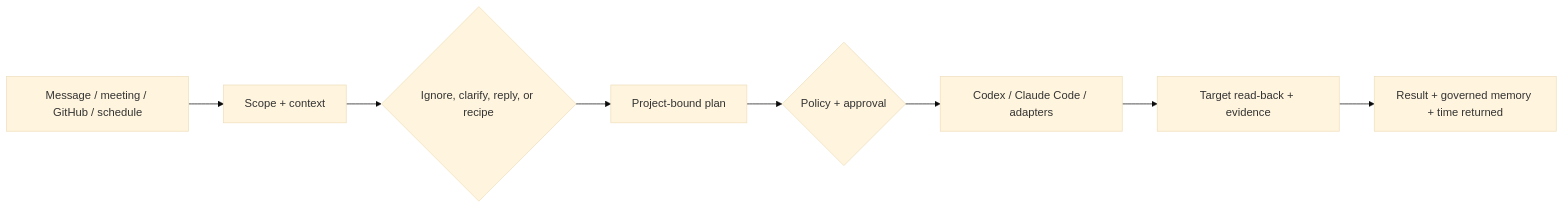
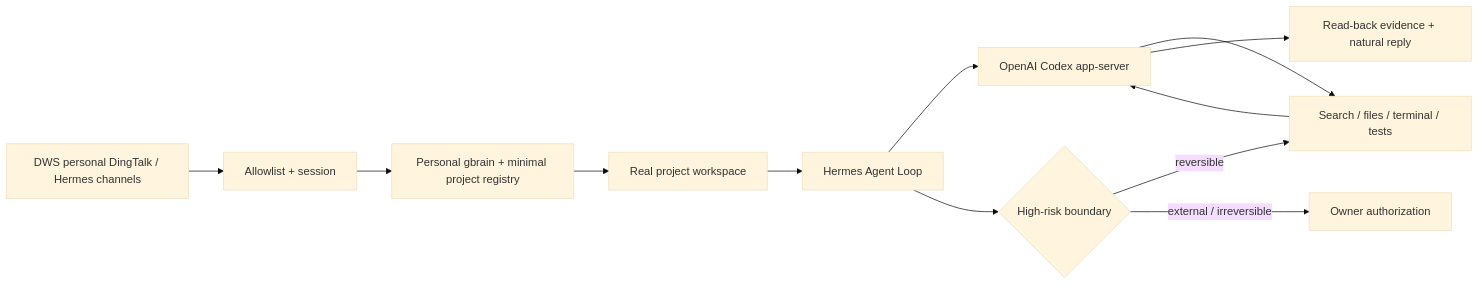
The diagram in README.md (ruiwang20010702/ai-employee), drawn with Mermaid (base theme) before and after one commit. The commit also changed other lines of this file and 70 other files, not shown here.

````diff
--- a/README.md
+++ b/README.md
@@ -48,10 +36,14 @@
 ```mermaid
 flowchart LR
-    A["Message / meeting / GitHub / schedule"] --> B["Scope + context"]
-    B --> C{"Ignore, clarify, reply, or recipe"}
-    C --> D["Project-bound plan"]
-    D --> E{"Policy + approval"}
-    E --> F["Codex / Claude Code / adapters"]
-    F --> G["Target read-back + evidence"]
-    G --> H["Result + governed memory + time returned"]
+    A["DWS personal DingTalk / Hermes channels"] --> B["Allowlist + session"]
+    B --> C["Personal gbrain + minimal project registry"]
+    C --> D["Real project workspace"]
+    D --> E["Hermes Agent Loop"]
+    E --> F["OpenAI Codex app-server"]
+    F --> G["Search / files / terminal / tests"]
+    G --> F
+    F --> H["Read-back evidence + natural reply"]
+    E --> I{"High-risk boundary"}
+    I -->|"reversible"| G
+    I -->|"external / irreversible"| J["Owner authorization"]
 ```
````
